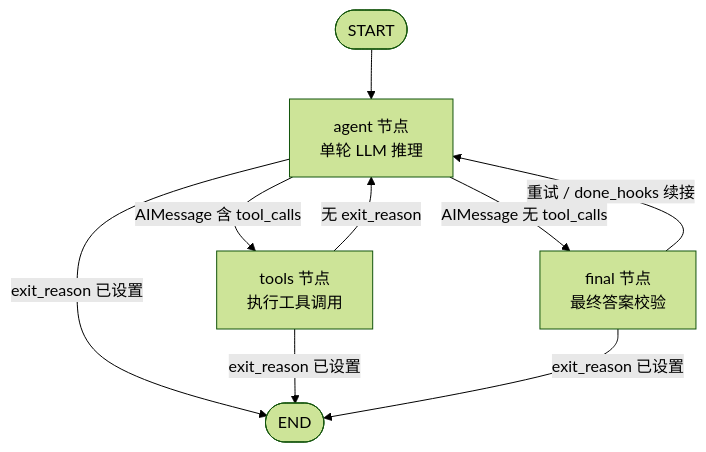
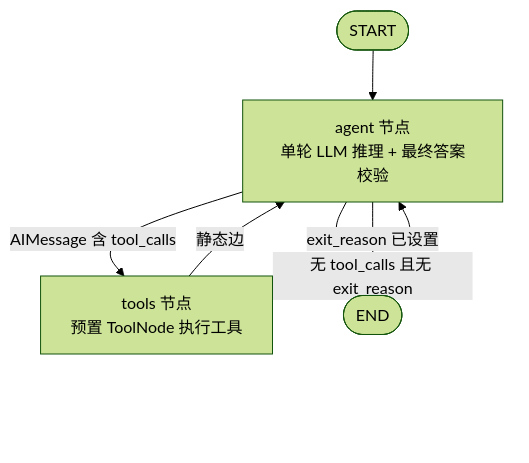
The diagram in ARCHITECTURE.md (weweaq/WithLangGraph), drawn with Mermaid (forest theme) before and after one commit. The commit also changed other lines of this file and 1 other file, not shown here.

First line of the commit message:
docs: sync README and ARCHITECTURE to 2-node topology

````diff
--- a/ARCHITECTURE.md
+++ b/ARCHITECTURE.md
@@ -16,11 +16,8 @@
 ```mermaid
 graph TD
-    START(["START"]) --> agent["agent 节点<br/>单轮 LLM 推理"]
-    agent -->|"AIMessage 含 tool_calls"| tools["tools 节点<br/>执行工具调用"]
-    agent -->|"AIMessage 无 tool_calls"| final["final 节点<br/>最终答案校验"]
+    START(["START"]) --> agent["agent 节点<br/>单轮 LLM 推理 + 最终答案校验"]
+    agent -->|"AIMessage 含 tool_calls"| tools["tools 节点<br/>预置 ToolNode 执行工具"]
+    agent -->|"无 tool_calls 且无 exit_reason"| agent
     agent -->|"exit_reason 已设置"| END(["END"])
-    tools -->|"无 exit_reason"| agent
-    tools -->|"exit_reason 已设置"| END
-    final -->|"重试 / done_hooks 续接"| agent
-    final -->|"exit_reason 已设置"| END
+    tools -->|静态边| agent
 ```
````
